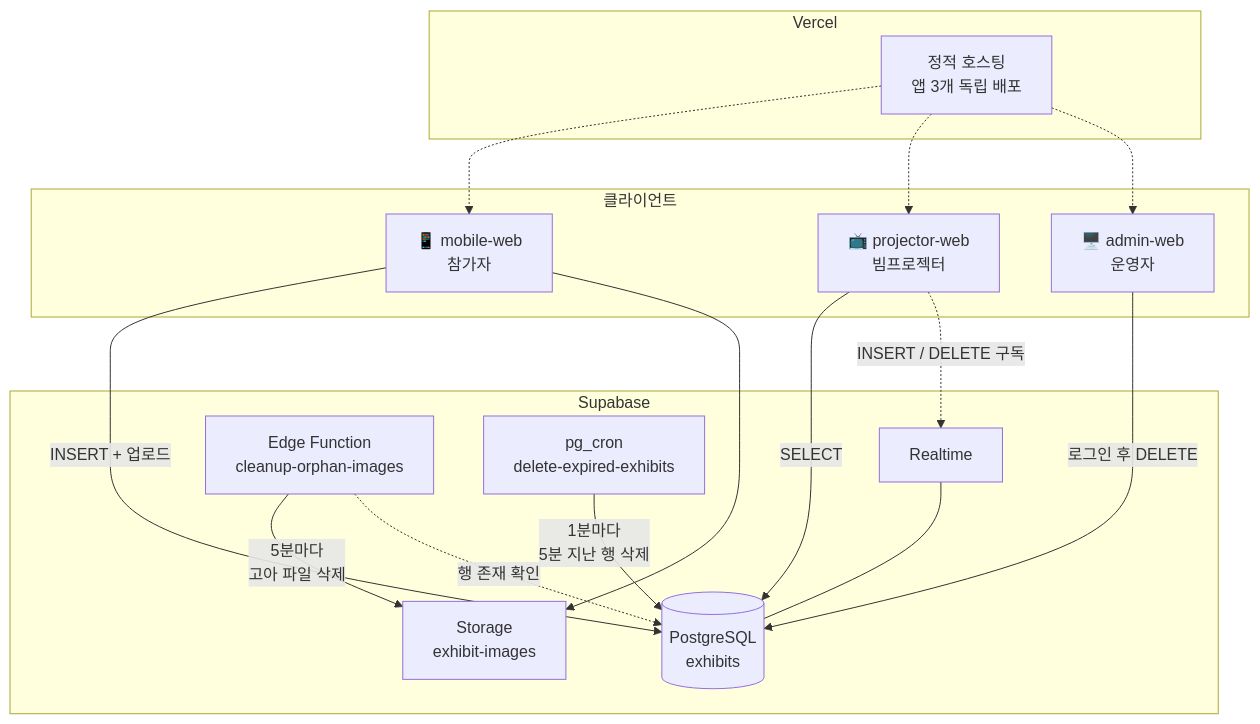
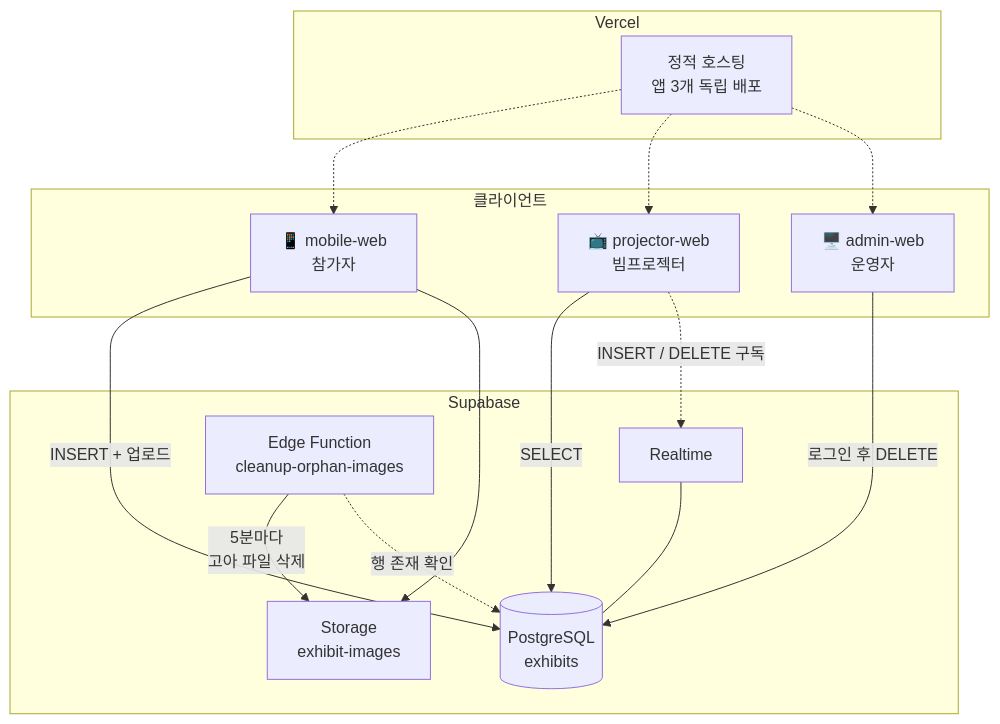
One commit to kingkiboots/glimpse-of-epiphany changed the first of 5 diagrams in README.md. Above: the diagram before and after it, drawn with Mermaid. The commit also changed other lines of this file and 11 other files, not shown here.

````diff
--- a/README.md
+++ b/README.md
@@ -72,35 +72,33 @@
 ```mermaid
 graph TB
     subgraph clients["클라이언트"]
         M["📱 mobile-web<br/>참가자"]
         P["📺 projector-web<br/>빔프로젝터"]
         A["🖥️ admin-web<br/>운영자"]
     end
 
     subgraph vercel["Vercel"]
         CDN["정적 호스팅<br/>앱 3개 독립 배포"]
     end
 
     subgraph supabase["Supabase"]
         DB[("PostgreSQL<br/>exhibits")]
         ST["Storage<br/>exhibit-images"]
         RT["Realtime"]
         EF["Edge Function<br/>cleanup-orphan-images"]
-        CR["pg_cron<br/>delete-expired-exhibits"]
     end
 
     M -->|"INSERT + 업로드"| DB
     M --> ST
     P -->|"SELECT"| DB
     P -.->|"INSERT / DELETE 구독"| RT
     A -->|"로그인 후 DELETE"| DB
 
     RT --- DB
-    CR -->|"1분마다<br/>5분 지난 행 삭제"| DB
     EF -->|"5분마다<br/>고아 파일 삭제"| ST
     EF -.->|"행 존재 확인"| DB
 
     CDN -.-> M
     CDN -.-> P
     CDN -.-> A
 ```
````
